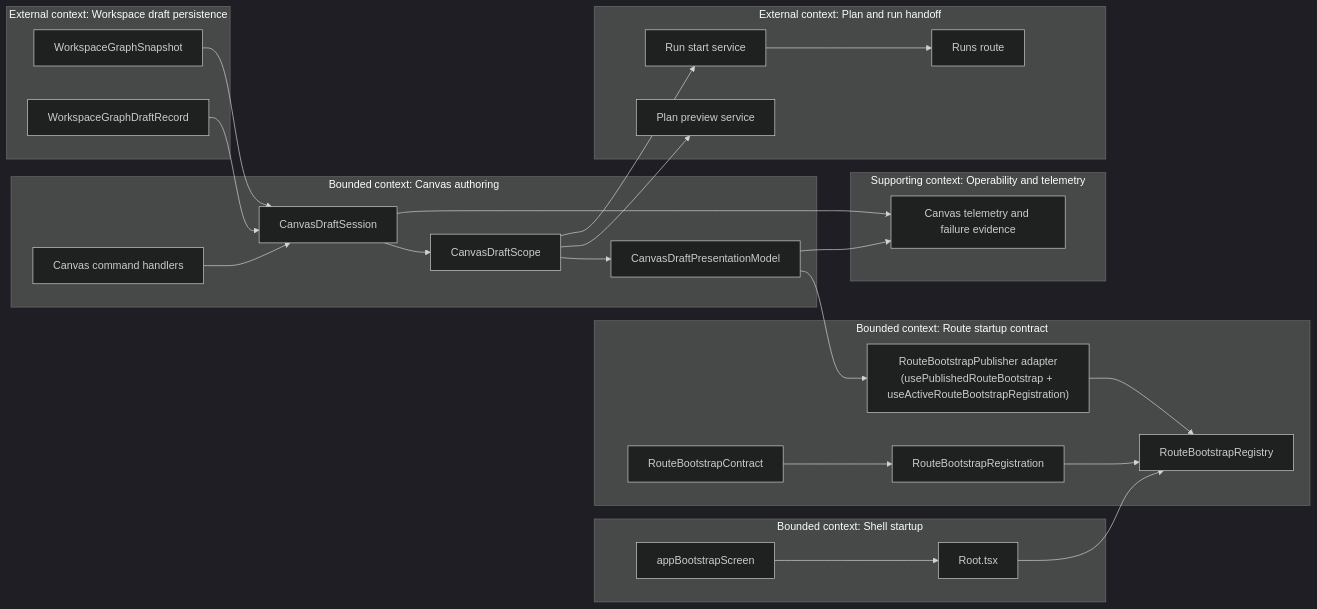
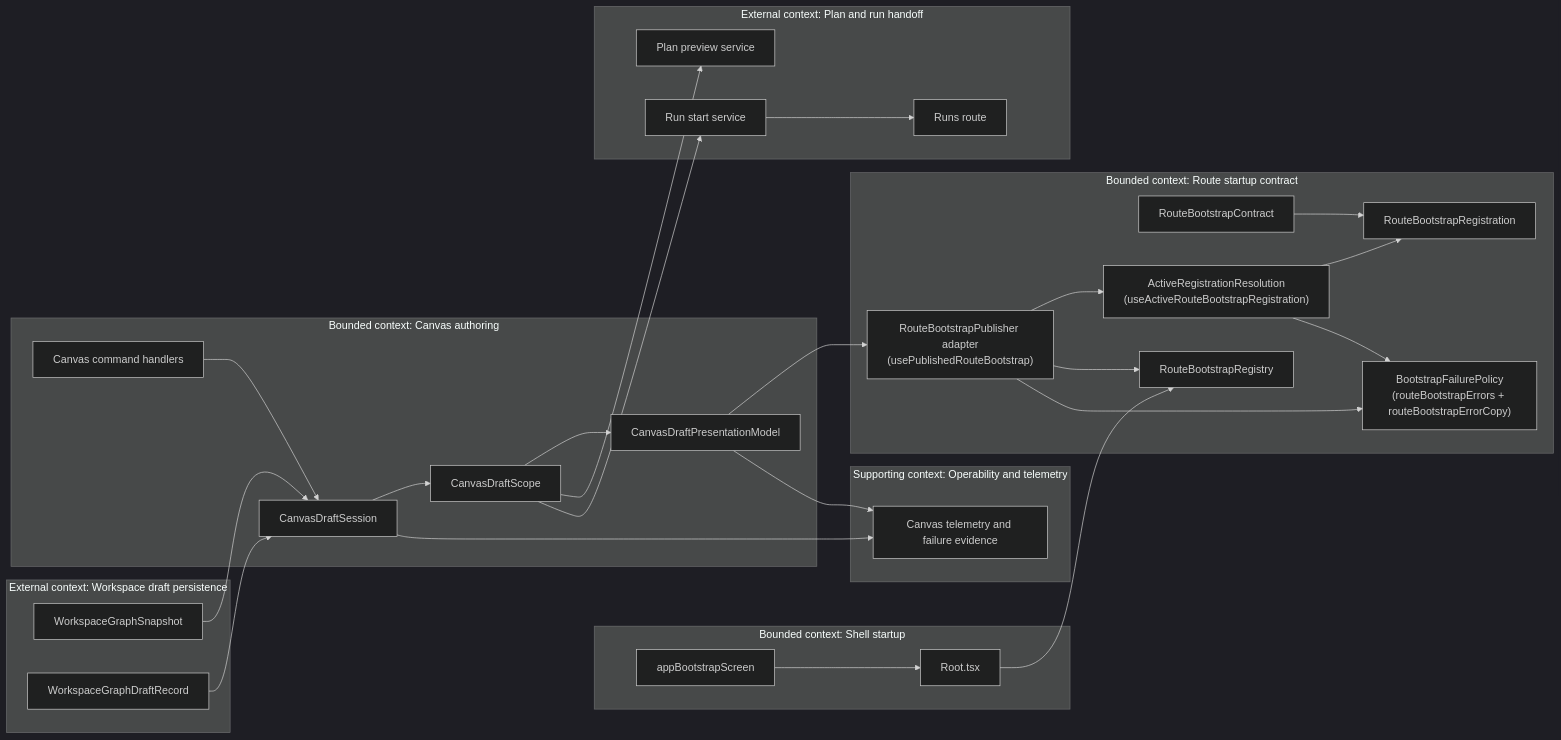
One commit to dunay2/dvt changed the first of 9 diagrams in docs/planning/proposals/mandatory/frontend-and-ux/tf-e2-canvas-target-architecture-execution-plan-20260417.md. Above: the diagram before and after it, drawn with Mermaid (dark theme). The commit also changed other lines of this file and 14 other files, not shown here.

Commit message:
refactor(web): Harden route bootstrap detection and align graph docs

````diff
--- a/docs/planning/proposals/mandatory/frontend-and-ux/tf-e2-canvas-target-architecture-execution-plan-20260417.md
+++ b/docs/planning/proposals/mandatory/frontend-and-ux/tf-e2-canvas-target-architecture-execution-plan-20260417.md
@@ -139,53 +149,58 @@
 ```mermaid
 flowchart LR
   subgraph Shell["Bounded context: Shell startup"]
     Root["Root.tsx"]
     Bootstrap["appBootstrapScreen"]
   end
 
   subgraph RouteContract["Bounded context: Route startup contract"]
     Contract["RouteBootstrapContract"]
     Registration["RouteBootstrapRegistration"]
+    ActiveResolution["ActiveRegistrationResolution\n(useActiveRouteBootstrapRegistration)"]
     Registry["RouteBootstrapRegistry"]
-    Publisher["RouteBootstrapPublisher adapter\n(usePublishedRouteBootstrap + useActiveRouteBootstrapRegistration)"]
+    Publisher["RouteBootstrapPublisher adapter\n(usePublishedRouteBootstrap)"]
+    Failures["BootstrapFailurePolicy\n(routeBootstrapErrors + routeBootstrapErrorCopy)"]
   end
 
   subgraph CanvasAuthoring["Bounded context: Canvas authoring"]
     DraftSession["CanvasDraftSession"]
     DraftScope["CanvasDraftScope"]
     Presentation["CanvasDraftPresentationModel"]
     Commands["Canvas command handlers"]
   end
 
   subgraph WorkspaceDraft["External context: Workspace draft persistence"]
     Snapshot["WorkspaceGraphSnapshot"]
     DraftRecord["WorkspaceGraphDraftRecord"]
   end
 
   subgraph PlanRun["External context: Plan and run handoff"]
     PlanPreview["Plan preview service"]
     RunStart["Run start service"]
     RunsRoute["Runs route"]
   end
 
   subgraph Observability["Supporting context: Operability and telemetry"]
     Telemetry["Canvas telemetry and failure evidence"]
   end
 
   Root --> Registry
   Bootstrap --> Root
   Contract --> Registration
-  Registration --> Registry
+  ActiveResolution --> Registration
+  Publisher --> ActiveResolution
   Publisher --> Registry
+  ActiveResolution --> Failures
+  Publisher --> Failures
   DraftSession --> DraftScope
   DraftScope --> Presentation
   Presentation --> Publisher
   Commands --> DraftSession
   Snapshot --> DraftSession
   DraftRecord --> DraftSession
   DraftScope --> PlanPreview
   DraftScope --> RunStart
   RunStart --> RunsRoute
   DraftSession --> Telemetry
   Presentation --> Telemetry
 ```
````
